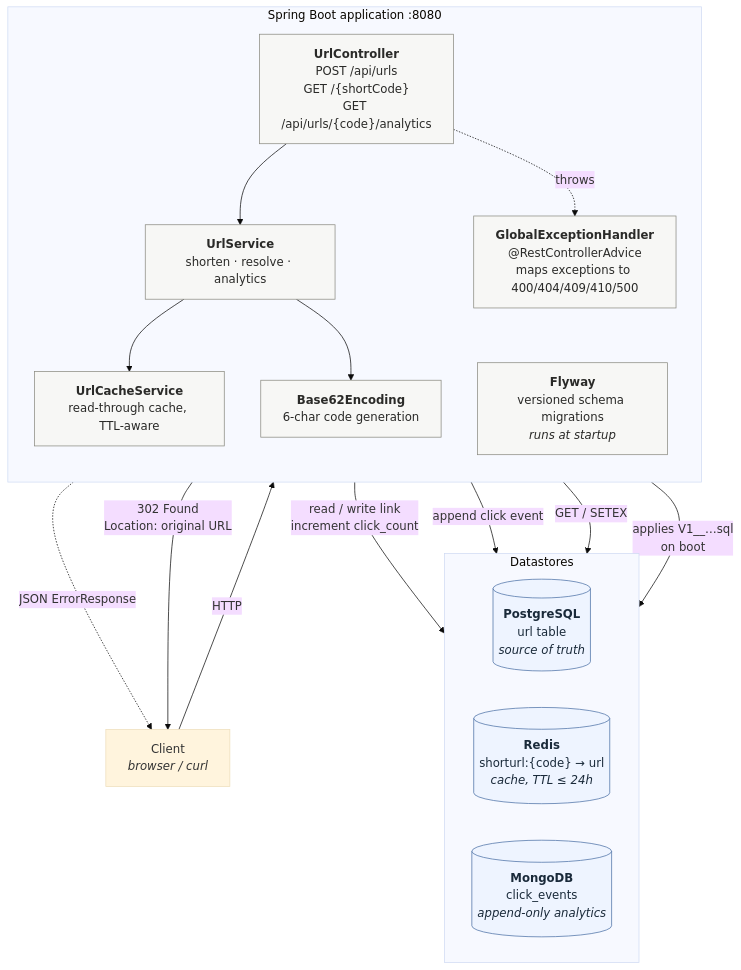
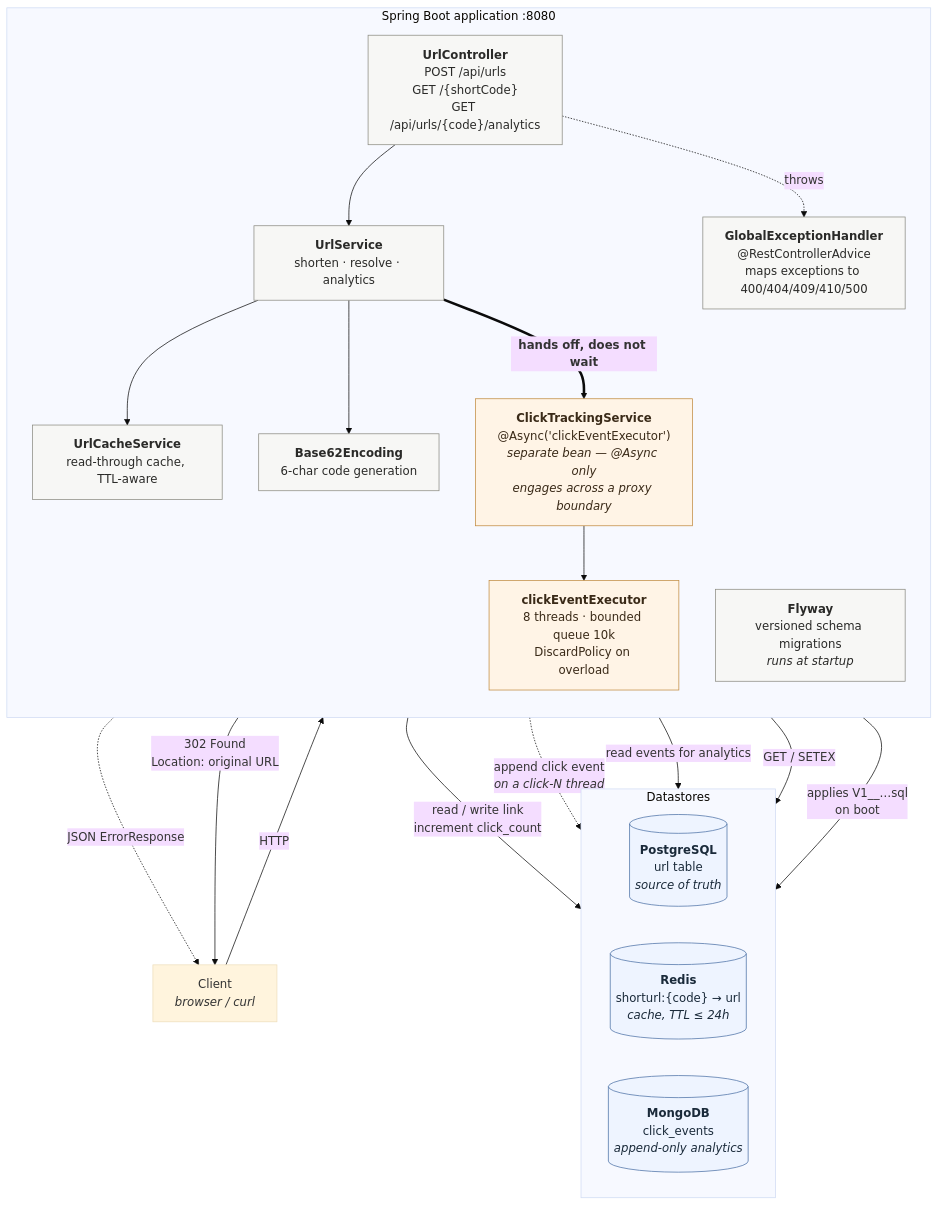
Before and after one commit to raj-kshitiz/Url_Shortener: the first of 2 diagrams in README.md, drawn with Mermaid (base theme). The commit also changed other lines of this file and 7 other files, not shown here.

````diff
--- a/README.md
+++ b/README.md
@@ -39,38 +39,45 @@
 ```mermaid
 flowchart TB
     client["Client<br/><i>browser / curl</i>"]
 
     subgraph app["Spring Boot application :8080"]
         direction TB
         controller["<b>UrlController</b><br/>POST /api/urls<br/>GET /{shortCode}<br/>GET /api/urls/{code}/analytics"]
         handler["<b>GlobalExceptionHandler</b><br/>@RestControllerAdvice<br/>maps exceptions to 400/404/409/410/500"]
         service["<b>UrlService</b><br/>shorten · resolve · analytics"]
         cache["<b>UrlCacheService</b><br/>read-through cache, TTL-aware"]
         base62["<b>Base62Encoding</b><br/>6-char code generation"]
+        clicks["<b>ClickTrackingService</b><br/>@Async('clickEventExecutor')<br/><i>separate bean — @Async only<br/>engages across a proxy boundary</i>"]
+        pool["<b>clickEventExecutor</b><br/>8 threads · bounded queue 10k<br/>DiscardPolicy on overload"]
         flyway["<b>Flyway</b><br/>versioned schema migrations<br/><i>runs at startup</i>"]
     end
 
     subgraph data["Datastores"]
         direction LR
         pg[("<b>PostgreSQL</b><br/>url table<br/><i>source of truth</i>")]
         redis[("<b>Redis</b><br/>shorturl:{code} → url<br/><i>cache, TTL ≤ 24h</i>")]
         mongo[("<b>MongoDB</b><br/>click_events<br/><i>append-only analytics</i>")]
     end
 
     client -->|"HTTP"| controller
     controller --> service
     controller -.->|"throws"| handler
     handler -.->|"JSON ErrorResponse"| client
     service --> cache
     service --> base62
     service -->|"read / write link<br/>increment click_count"| pg
-    service -->|"append click event"| mongo
+    service ==>|"<b>hands off, does not wait</b>"| clicks
+    clicks --> pool
+    pool -.->|"append click event<br/><i>on a click-N thread</i>"| mongo
+    service -->|"read events for analytics"| mongo
     cache -->|"GET / SETEX"| redis
     flyway -->|"applies V1__…sql<br/>on boot"| pg
     controller -->|"302 Found<br/>Location: original URL"| client
 
     classDef store fill:#eef4ff,stroke:#4a6fa5,stroke-width:1px,color:#1a2a3a
     classDef comp fill:#f7f7f5,stroke:#8a8a80,stroke-width:1px,color:#2a2a28
+    classDef async fill:#fff4e6,stroke:#c08a3e,stroke-width:1px,color:#3a2a18
     class pg,redis,mongo store
     class controller,service,cache,base62,handler,flyway comp
+    class clicks,pool async
 ```
````
